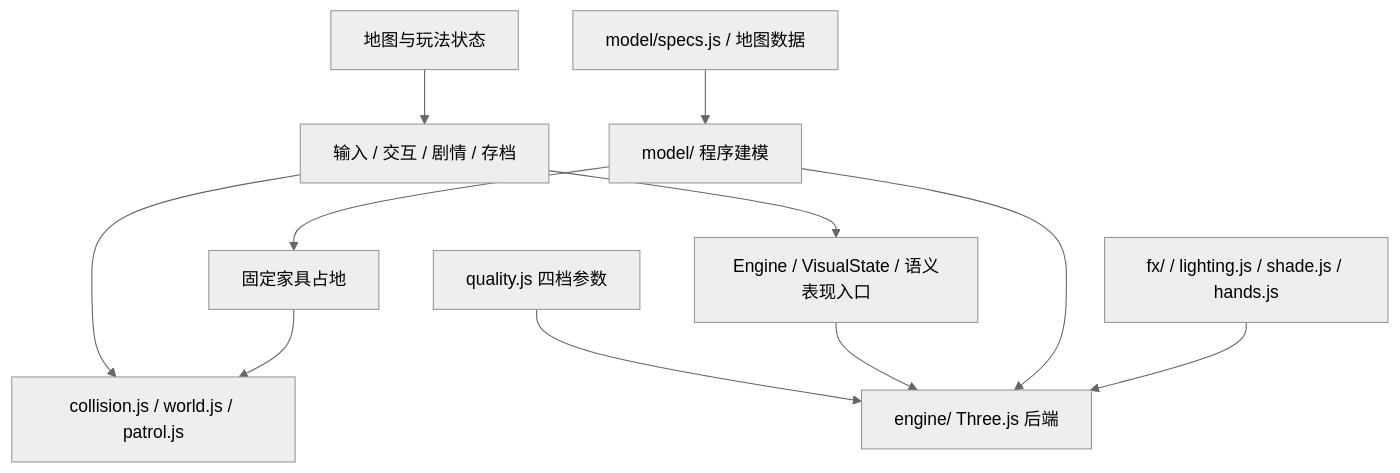
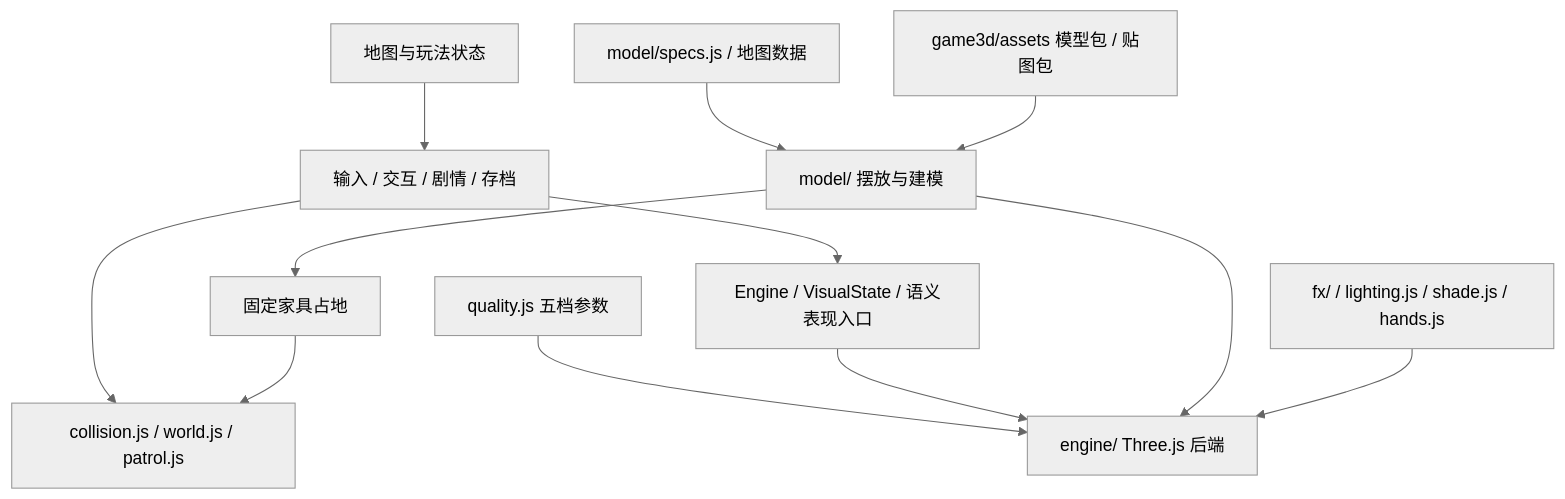
One commit to chorusfruit-233/wdfz changed the diagram in docs/3D代码审查报告.md. Above: the diagram before and after it, drawn with Mermaid (neutral theme). The commit also changed other lines of this file and 13 other files, not shown here.

````diff
--- a/docs/3D代码审查报告.md
+++ b/docs/3D代码审查报告.md
@@ -15,13 +15,14 @@
 ```mermaid
 flowchart TD
   Data[地图与玩法状态] --> Logic[输入 / 交互 / 剧情 / 存档]
   Logic --> Physics[collision.js / world.js / patrol.js]
   Logic --> API[Engine / VisualState / 语义表现入口]
-  Quality[quality.js 四档参数] --> Backend[engine/ Three.js 后端]
+  Quality[quality.js 五档参数] --> Backend[engine/ Three.js 后端]
   API --> Backend
-  Spec[model/specs.js / 地图数据] --> Models[model/ 程序建模]
+  Spec[model/specs.js / 地图数据] --> Models[model/ 摆放与建模]
+  Packs[game3d/assets 模型包 / 贴图包] --> Models
   Models --> Backend
   Models --> Foot[固定家具占地]
   Foot --> Physics
   FX[fx/ / lighting.js / shade.js / hands.js] --> Backend
 ```
````
